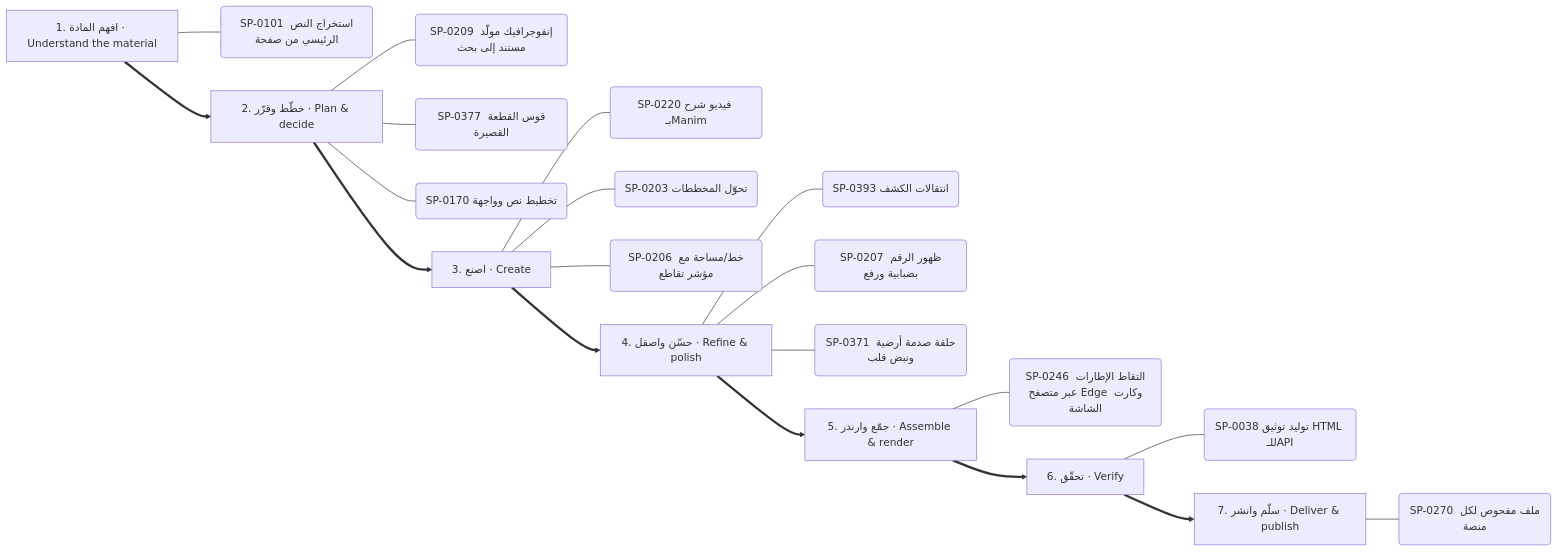
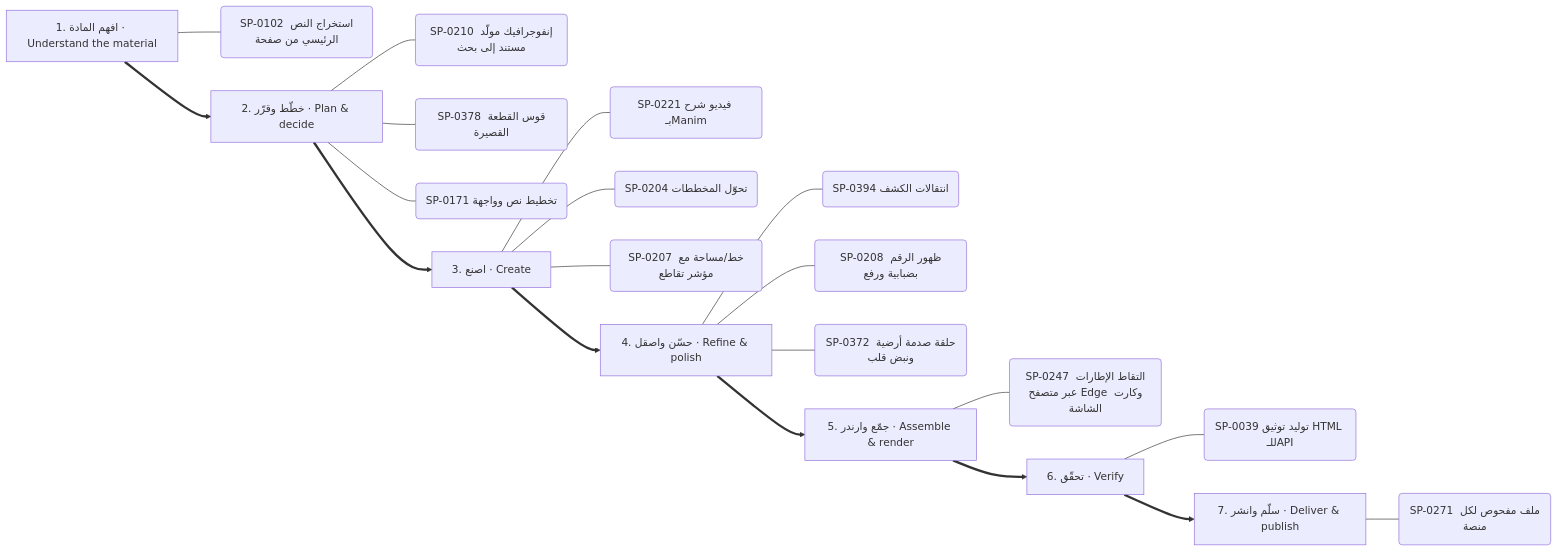
The fifth of 13 diagrams in .claude/skills/kosif-superpowers/references/capability-mindmap.md (kosif199022-jpg/kosif-tool), drawn with Mermaid before and after one commit. The commit also changed other lines of this file and 9 other files, not shown here.

First line of the commit message:
Rebuild the fused superpowers, hubs, mind map and owned-repos map

````diff
--- a/.claude/skills/kosif-superpowers/references/capability-mindmap.md
+++ b/.claude/skills/kosif-superpowers/references/capability-mindmap.md
@@ -271,29 +271,29 @@
 ```mermaid
 flowchart LR
   S0["1. افهم المادة · Understand the material"]
-  S0 --- S0_0("SP-0101 استخراج النص الرئيسي من صفحة")
+  S0 --- S0_0("SP-0102 استخراج النص الرئيسي من صفحة")
   S1["2. خطّط وقرّر · Plan & decide"]
-  S1 --- S1_0("SP-0209 إنفوجرافيك مولَّد مستند إلى بحث")
-  S1 --- S1_1("SP-0377 قوس القطعة القصيرة")
-  S1 --- S1_2("SP-0170 تخطيط نص وواجهة")
+  S1 --- S1_0("SP-0210 إنفوجرافيك مولَّد مستند إلى بحث")
+  S1 --- S1_1("SP-0378 قوس القطعة القصيرة")
+  S1 --- S1_2("SP-0171 تخطيط نص وواجهة")
   S0 ==> S1
   S2["3. اصنع · Create"]
-  S2 --- S2_0("SP-0220 فيديو شرح بـManim")
-  S2 --- S2_1("SP-0203 تحوّل المخططات")
-  S2 --- S2_2("SP-0206 خط/مساحة مع مؤشر تقاطع")
+  S2 --- S2_0("SP-0221 فيديو شرح بـManim")
+  S2 --- S2_1("SP-0204 تحوّل المخططات")
+  S2 --- S2_2("SP-0207 خط/مساحة مع مؤشر تقاطع")
   S1 ==> S2
   S3["4. حسّن واصقل · Refine & polish"]
-  S3 --- S3_0("SP-0393 انتقالات الكشف")
-  S3 --- S3_1("SP-0207 ظهور الرقم بضبابية ورفع")
-  S3 --- S3_2("SP-0371 حلقة صدمة أرضية ونبض قلب")
+  S3 --- S3_0("SP-0394 انتقالات الكشف")
+  S3 --- S3_1("SP-0208 ظهور الرقم بضبابية ورفع")
+  S3 --- S3_2("SP-0372 حلقة صدمة أرضية ونبض قلب")
   S2 ==> S3
   S4["5. جمّع وارندر · Assemble & render"]
-  S4 --- S4_0("SP-0246 التقاط الإطارات عبر متصفح Edge وكارت الشاشة")
+  S4 --- S4_0("SP-0247 التقاط الإطارات عبر متصفح Edge وكارت الشاشة")
   S3 ==> S4
   S5["6. تحقّق · Verify"]
-  S5 --- S5_0("SP-0038 توليد توثيق HTML للـAPI")
+  S5 --- S5_0("SP-0039 توليد توثيق HTML للـAPI")
   S4 ==> S5
   S6["7. سلّم وانشر · Deliver & publish"]
-  S6 --- S6_0("SP-0270 ملف مفحوص لكل منصة")
+  S6 --- S6_0("SP-0271 ملف مفحوص لكل منصة")
   S5 ==> S6
 ```
````
